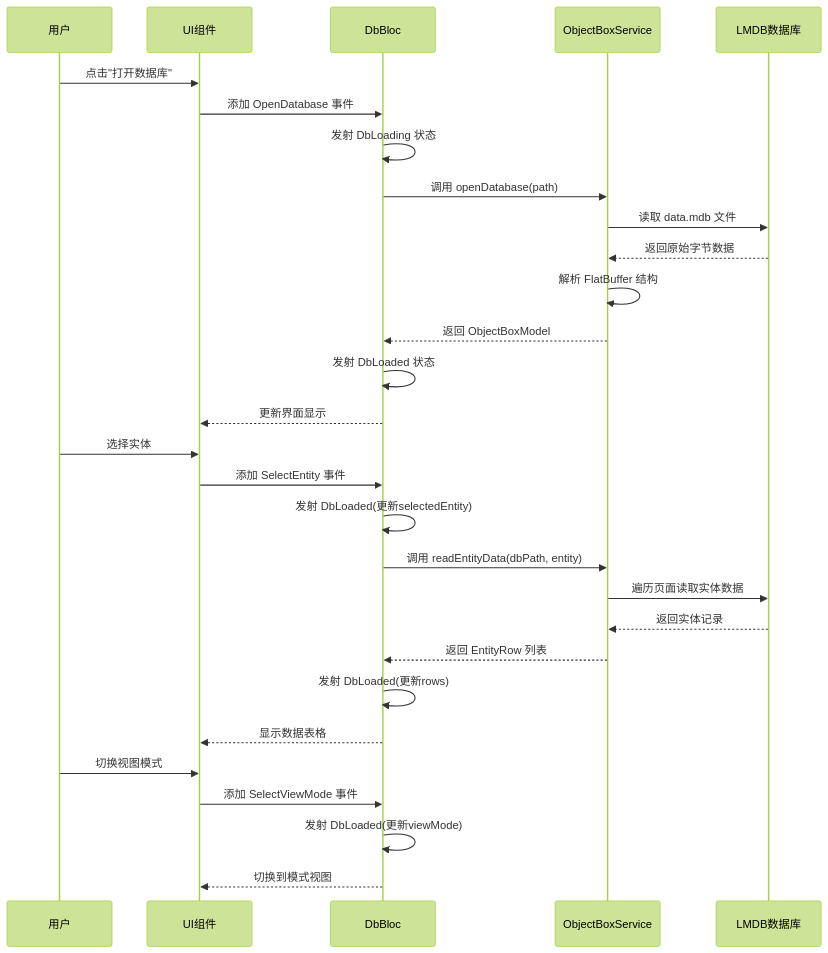
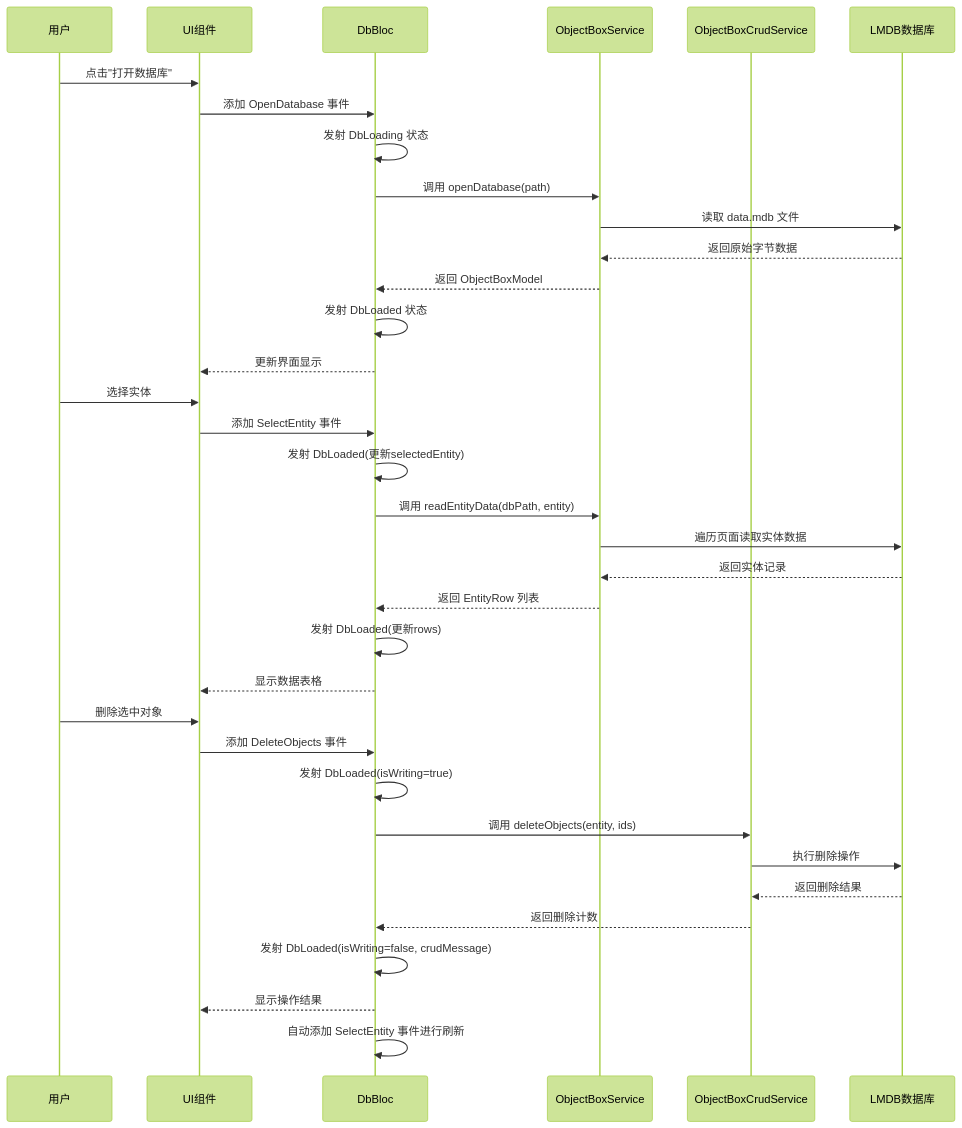
The fifth of 18 diagrams in .qoder/repowiki/zh/content/架构设计/状态管理设计.md (kongpf8848/objectbox_viewer), drawn with Mermaid (forest theme) before and after one commit. The commit also changed other lines of this file and 19 other files, not shown here.

````diff
--- a/.qoder/repowiki/zh/content/架构设计/状态管理设计.md
+++ b/.qoder/repowiki/zh/content/架构设计/状态管理设计.md
@@ -213,31 +238,37 @@
 ```mermaid
 sequenceDiagram
 participant User as 用户
 participant UI as UI组件
 participant Bloc as DbBloc
 participant Service as ObjectBoxService
+participant CrudService as ObjectBoxCrudService
 participant DB as LMDB数据库
 User->>UI : 点击"打开数据库"
 UI->>Bloc : 添加 OpenDatabase 事件
 Bloc->>Bloc : 发射 DbLoading 状态
 Bloc->>Service : 调用 openDatabase(path)
 Service->>DB : 读取 data.mdb 文件
 DB-->>Service : 返回原始字节数据
-Service->>Service : 解析 FlatBuffer 结构
 Service-->>Bloc : 返回 ObjectBoxModel
 Bloc->>Bloc : 发射 DbLoaded 状态
 Bloc-->>UI : 更新界面显示
 User->>UI : 选择实体
 UI->>Bloc : 添加 SelectEntity 事件
 Bloc->>Bloc : 发射 DbLoaded(更新selectedEntity)
 Bloc->>Service : 调用 readEntityData(dbPath, entity)
 Service->>DB : 遍历页面读取实体数据
 DB-->>Service : 返回实体记录
 Service-->>Bloc : 返回 EntityRow 列表
 Bloc->>Bloc : 发射 DbLoaded(更新rows)
 Bloc-->>UI : 显示数据表格
-User->>UI : 切换视图模式
-UI->>Bloc : 添加 SelectViewMode 事件
-Bloc->>Bloc : 发射 DbLoaded(更新viewMode)
-Bloc-->>UI : 切换到模式视图
+User->>UI : 删除选中对象
+UI->>Bloc : 添加 DeleteObjects 事件
+Bloc->>Bloc : 发射 DbLoaded(isWriting=true)
+Bloc->>CrudService : 调用 deleteObjects(entity, ids)
+CrudService->>DB : 执行删除操作
+DB-->>CrudService : 返回删除结果
+CrudService-->>Bloc : 返回删除计数
+Bloc->>Bloc : 发射 DbLoaded(isWriting=false, crudMessage)
+Bloc-->>UI : 显示操作结果
+Bloc->>Bloc : 自动添加 SelectEntity 事件进行刷新
 ```
````
